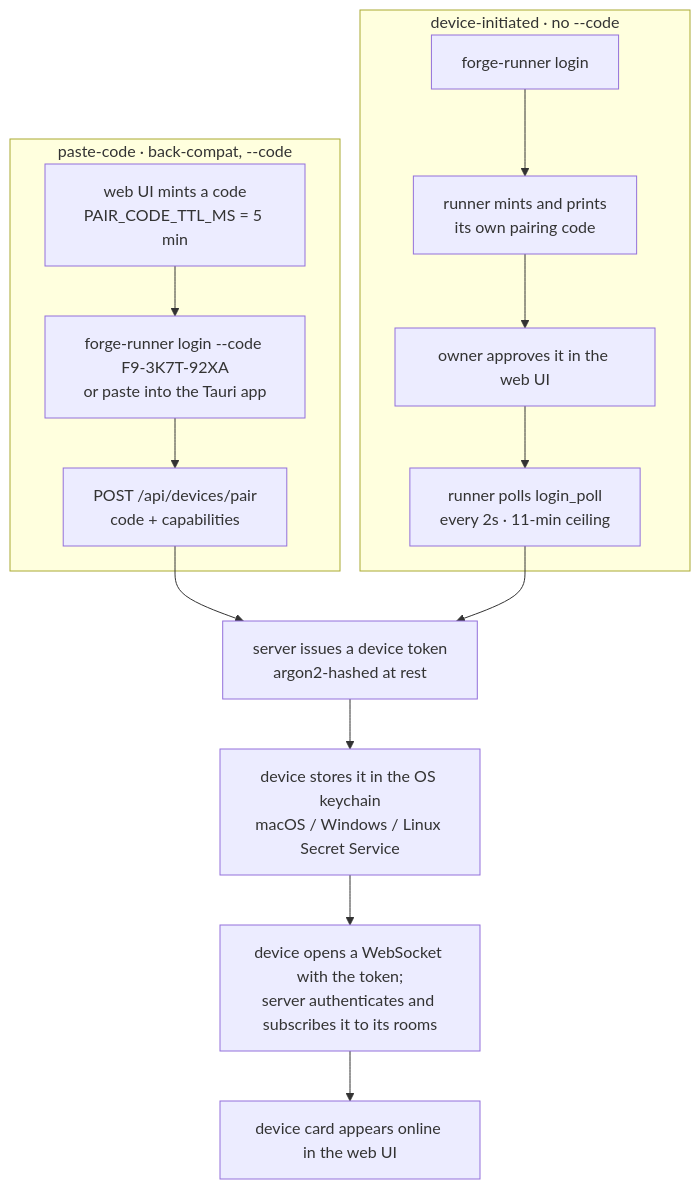
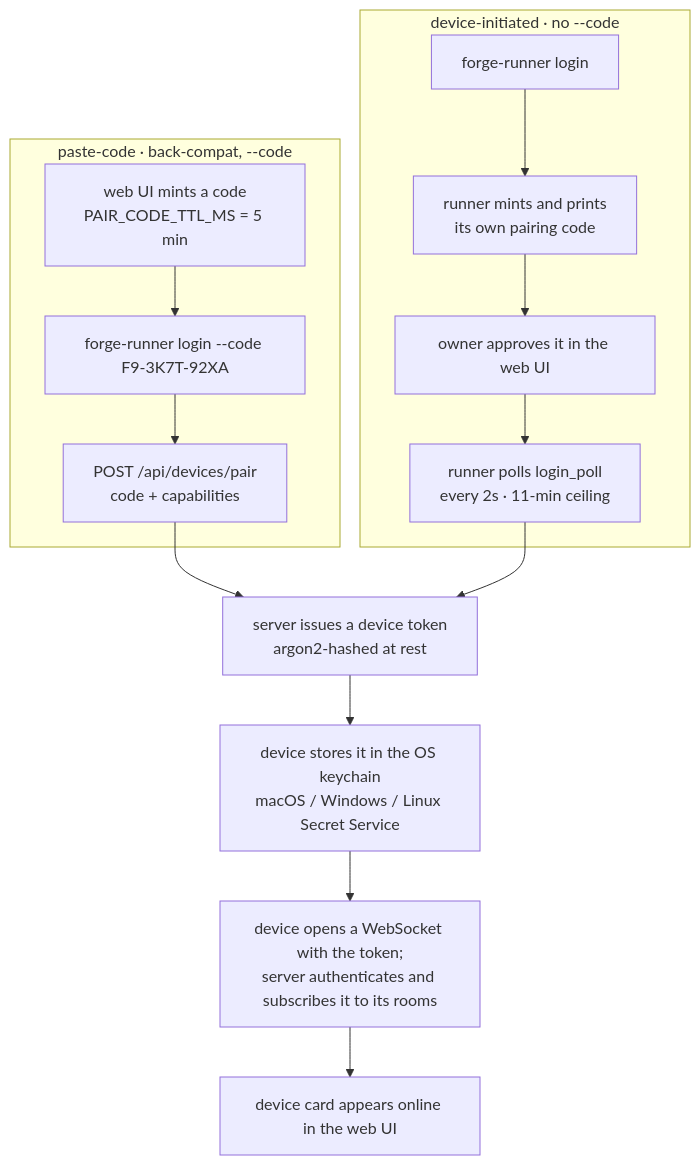
Before and after one commit to SidCorp-co/forge: the second of 3 diagrams in docs/architecture/cross-module-flows.md, drawn with Mermaid. The commit also changed other lines of this file and 45 other files, not shown here.

````diff
--- a/docs/architecture/cross-module-flows.md
+++ b/docs/architecture/cross-module-flows.md
@@ -58,17 +58,17 @@
 ```mermaid
 flowchart TD
     subgraph PC["paste-code · back-compat, --code"]
-      A1["web UI mints a code<br/>PAIR_CODE_TTL_MS = 5 min"] --> A2["forge-runner login --code F9-3K7T-92XA<br/>or paste into the Tauri app"]
+      A1["web UI mints a code<br/>PAIR_CODE_TTL_MS = 5 min"] --> A2["forge-runner login --code F9-3K7T-92XA"]
       A2 --> A3["POST /api/devices/pair<br/>code + capabilities"]
     end
     subgraph DI["device-initiated · no --code"]
       B1["forge-runner login"] --> B2["runner mints and prints<br/>its own pairing code"]
       B2 --> B3["owner approves it in the web UI"]
       B3 --> B4["runner polls login_poll<br/>every 2s · 11-min ceiling"]
     end
     A3 --> T["server issues a device token<br/>argon2-hashed at rest"]
     B4 --> T
     T --> K["device stores it in the OS keychain<br/>macOS / Windows / Linux Secret Service"]
     K --> WS["device opens a WebSocket with the token;<br/>server authenticates and subscribes it to its rooms"]
     WS --> UI["device card appears online in the web UI"]
 ```
````
